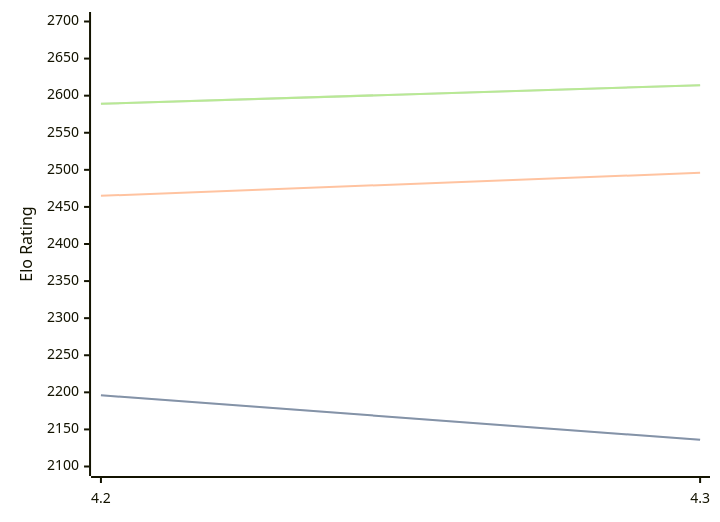
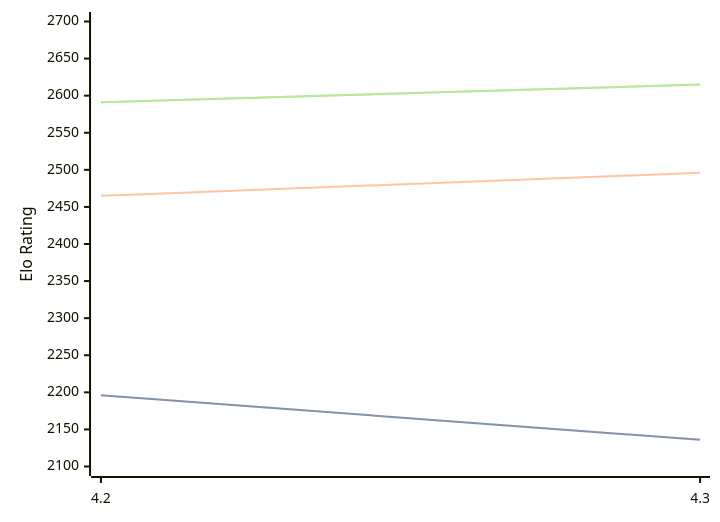
One commit to computer-chess-index/cci changed the diagram in engines/Eubos.md. Above: the diagram before and after it, drawn with Mermaid. The commit also changed other lines of this file, not shown here.

Commit message:
Update CCI Ratings (ELO VLTC) - 2026-04-22

````diff
--- a/engines/Eubos.md
+++ b/engines/Eubos.md
@@ -88,11 +88,11 @@
 ```mermaid
 %%{init: {"theme":"base","themeVariables":{"seriesColors:['#a3a3a3','#222221','#faa371']}}}%%
 xychart-beta
   x-axis ["4.2", "4.3"]
   y-axis "Elo Rating" 2100 --> 2700
   line "STC (8.0+0.08s)" [2196, 2136]
   line "STC (8.0+0.08s)" [2196, 2136]
   line "LTC (60.0+0.60s)" [2465, 2496]
-  line "VLTC (2m24s+1.12s)" [2589, 2614]
-  line "VLTC (2m24s+1.12s)" [2589, 2614]
+  line "VLTC (2m24s+1.12s)" [2591, 2615]
+  line "VLTC (2m24s+1.12s)" [2591, 2615]
 ```
````
